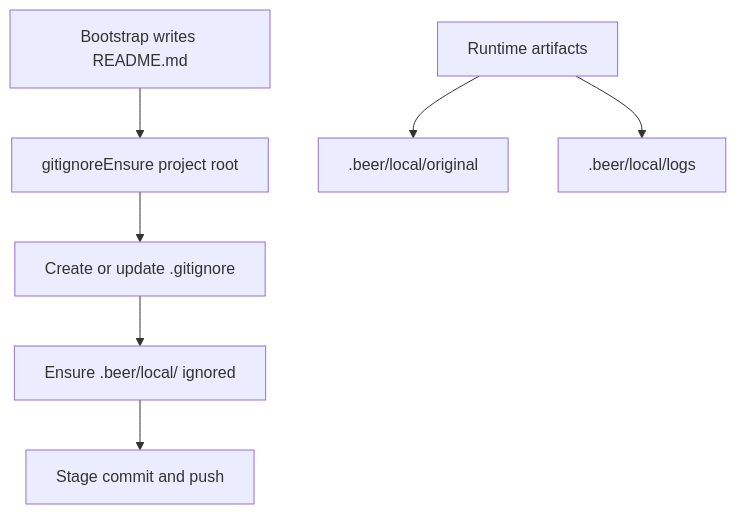
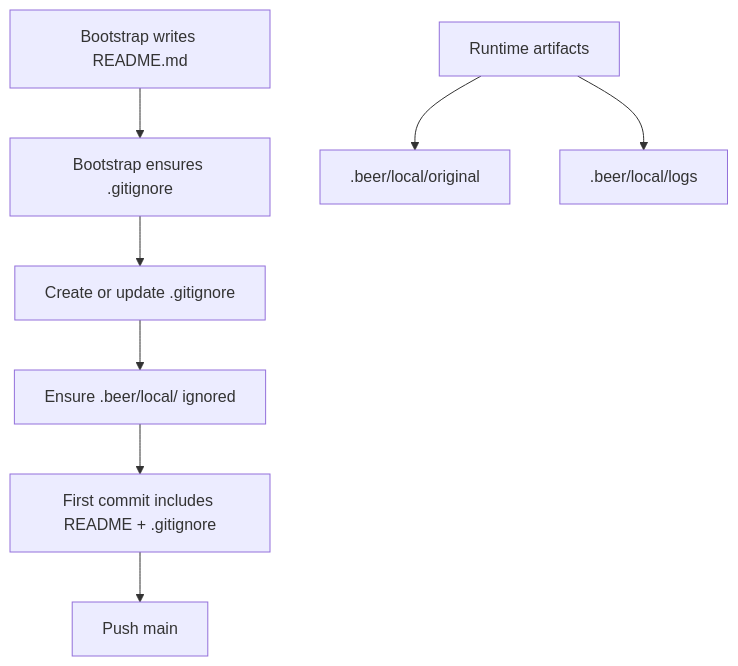
One commit to ex3ndr/holdmybeer changed the diagram in doc/bootstrap-local-runtime-artifacts.md. Above: the diagram before and after it, drawn with Mermaid. The commit also changed other lines of this file and 4 other files, not shown here.

Commit message:
fix(bootstrap): ensure gitignore in readme phase before first commit

````diff
--- a/doc/bootstrap-local-runtime-artifacts.md
+++ b/doc/bootstrap-local-runtime-artifacts.md
@@ -9,10 +9,11 @@
 ```mermaid
 flowchart TD
-  A[Bootstrap writes README.md] --> B[gitignoreEnsure project root]
+  A[Bootstrap writes README.md] --> B[Bootstrap ensures .gitignore]
   B --> C[Create or update .gitignore]
   C --> D[Ensure .beer/local/ ignored]
-  D --> E[Stage commit and push]
+  D --> E[First commit includes README + .gitignore]
+  E --> I[Push main]
 
   F[Runtime artifacts] --> G[.beer/local/original]
   F --> H[.beer/local/logs]
 ```
````
